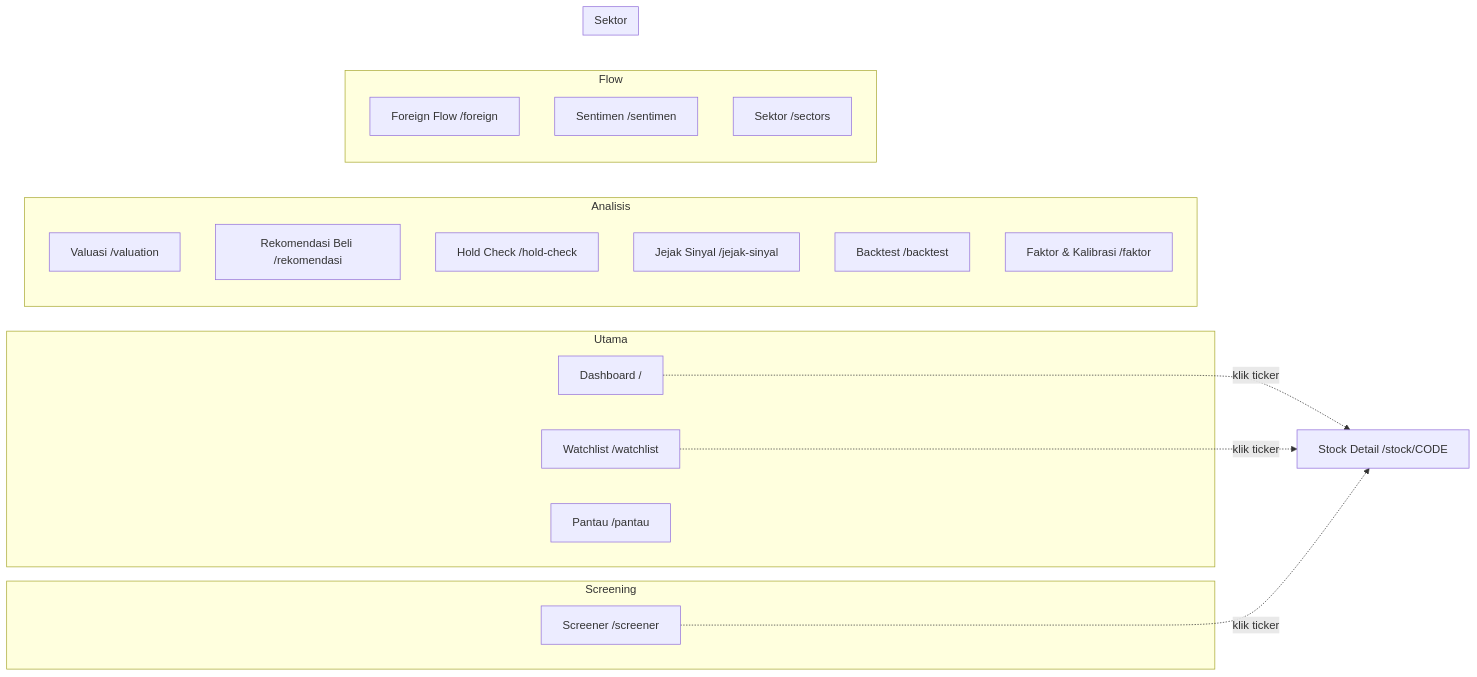
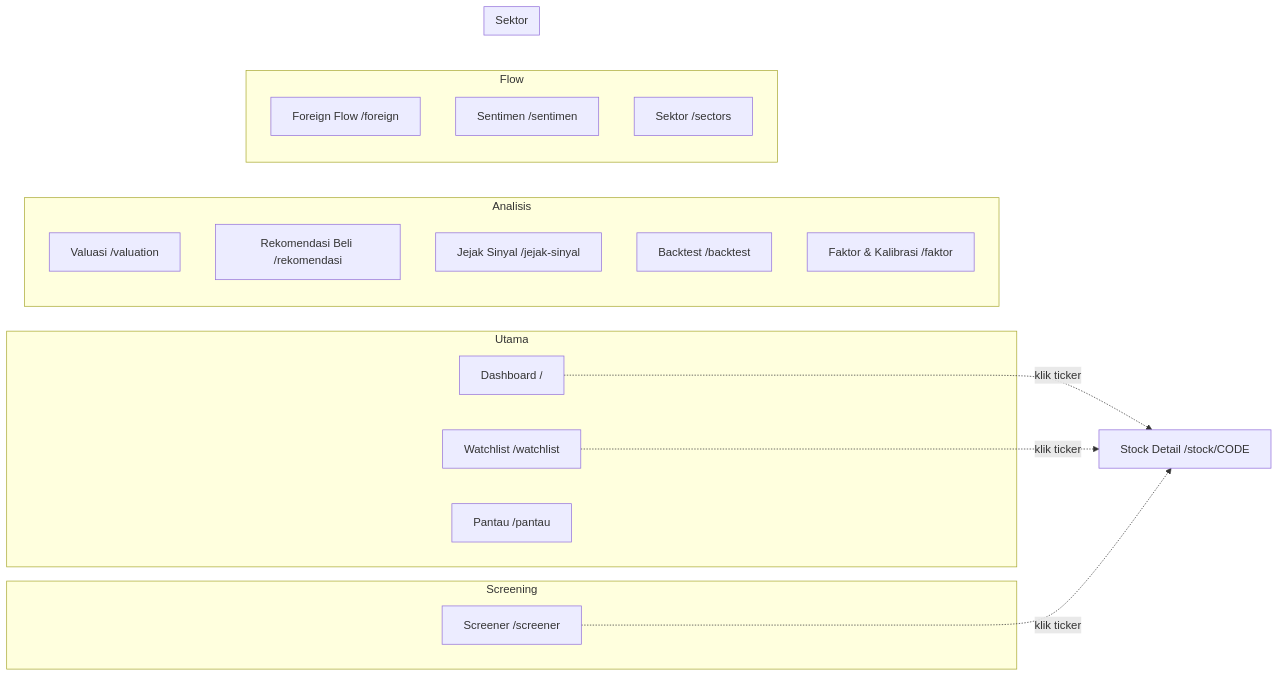
One commit to faizalajiw/idx-web changed the first of 2 diagrams in README.md. Above: the diagram before and after it, drawn with Mermaid. The commit also changed other lines of this file and 16 other files, not shown here.

First line of the commit message:
﻿Remove Hold Check UI feature

````diff
--- a/README.md
+++ b/README.md
@@ -119,30 +119,29 @@
 ```mermaid
 graph LR
   subgraph Utama
     A[Dashboard /]
     B[Watchlist /watchlist]
     C[Pantau /pantau]
   end
   subgraph Screening
     D[Screener /screener]
   end
   subgraph Analisis
     E[Valuasi /valuation]
     N[Rekomendasi Beli /rekomendasi]
-    F[Hold Check /hold-check]
     G[Jejak Sinyal /jejak-sinyal]
     H[Backtest /backtest]
     J[Faktor & Kalibrasi /faktor]
   end
   subgraph Flow
     K[Foreign Flow /foreign]
     L[Sentimen /sentimen]
     M[Aktivitas Broker /broker-activity]
   end
   subgraph Sektor
     M[Sektor /sectors]
   end
   A -.klik ticker.-> P[Stock Detail /stock/CODE]
   B -.klik ticker.-> P
   D -.klik ticker.-> P
 ```
````
